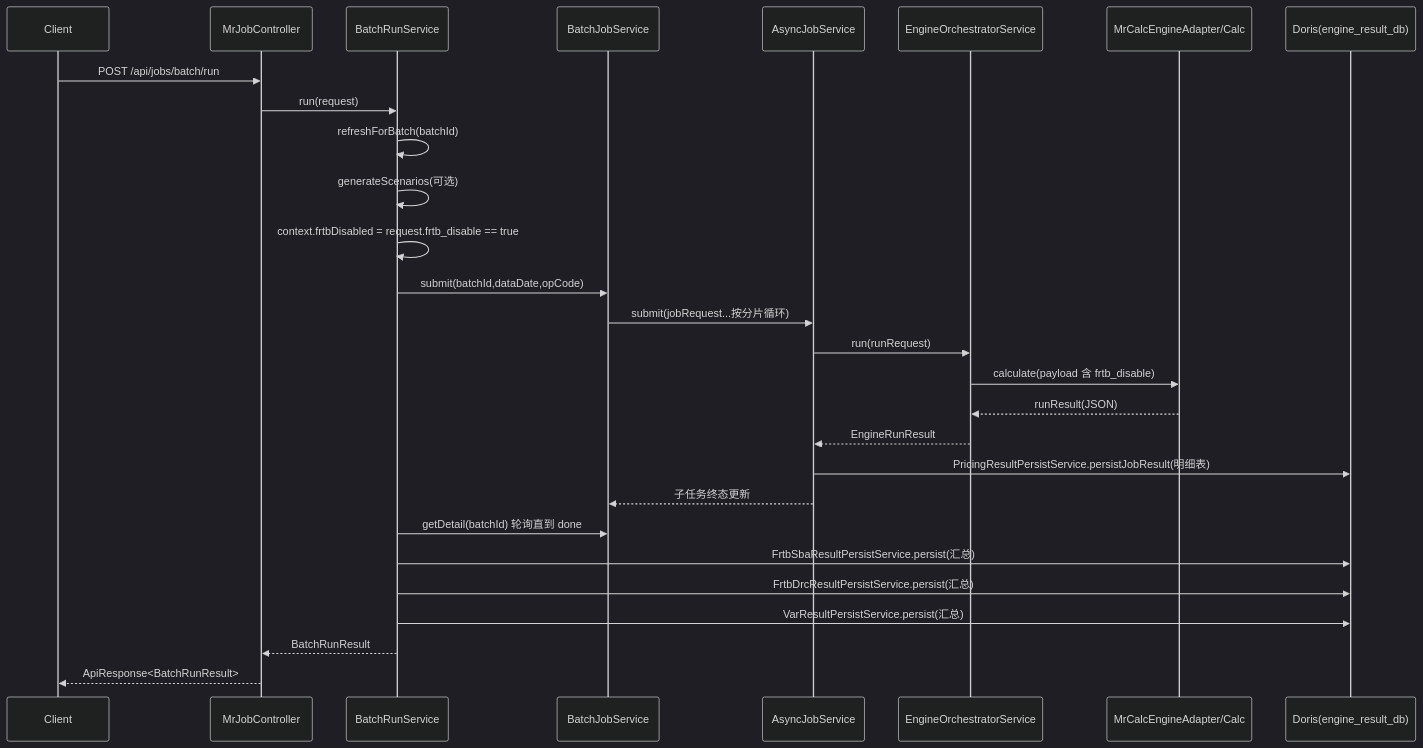
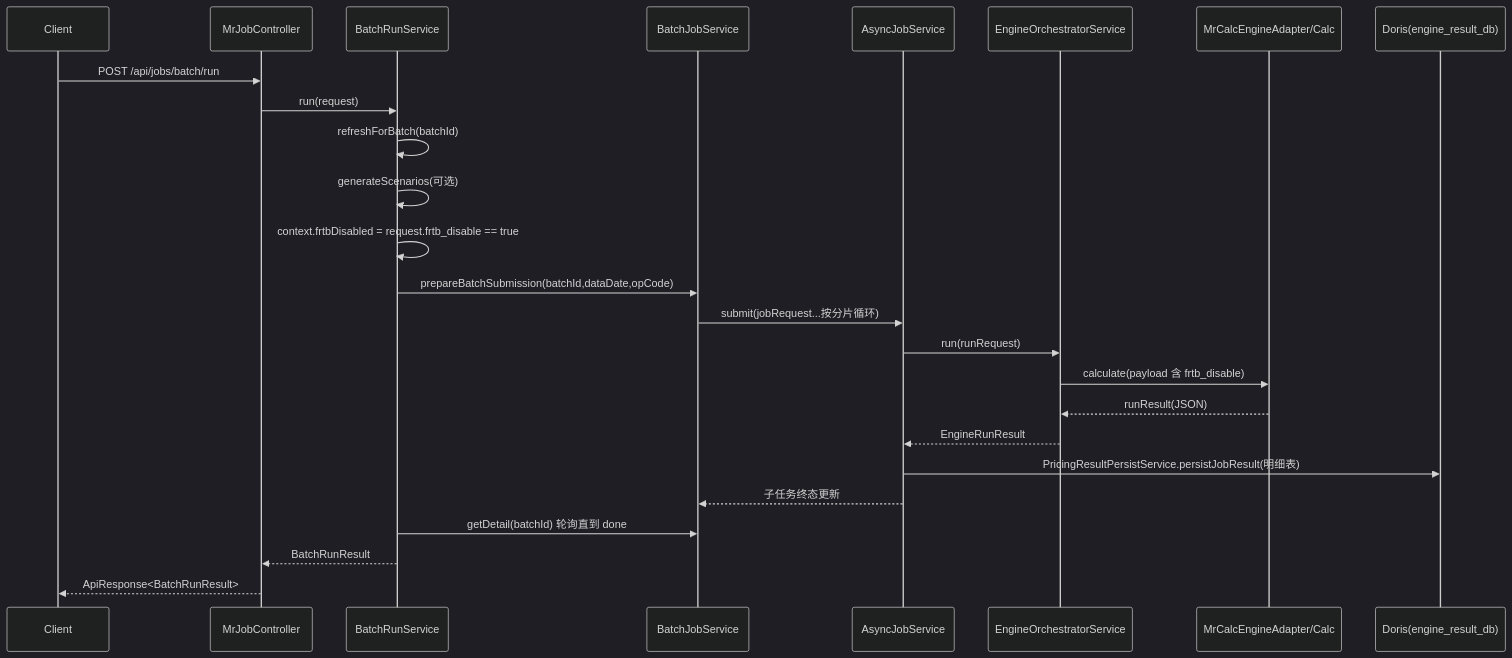
The diagram in docs/Engine_BatchRun_程序与接口调用链路.md (jpy19850704/batch_run_mr), drawn with Mermaid (dark theme) before and after one commit. The commit also changed other lines of this file, not shown here.

````diff
--- a/docs/Engine_BatchRun_程序与接口调用链路.md
+++ b/docs/Engine_BatchRun_程序与接口调用链路.md
@@ -121,31 +100,28 @@
 ```mermaid
 sequenceDiagram
     participant C as Client
     participant API as MrJobController
     participant BR as BatchRunService
     participant BJ as BatchJobService
     participant AJ as AsyncJobService
     participant EO as EngineOrchestratorService
     participant MC as MrCalcEngineAdapter/Calc
     participant D as Doris(engine_result_db)
 
     C->>API: POST /api/jobs/batch/run
     API->>BR: run(request)
     BR->>BR: refreshForBatch(batchId)
     BR->>BR: generateScenarios(可选)
     BR->>BR: context.frtbDisabled = request.frtb_disable == true
-    BR->>BJ: submit(batchId,dataDate,opCode)
+    BR->>BJ: prepareBatchSubmission(batchId,dataDate,opCode)
     BJ->>AJ: submit(jobRequest...按分片循环)
     AJ->>EO: run(runRequest)
     EO->>MC: calculate(payload 含 frtb_disable)
     MC-->>EO: runResult(JSON)
     EO-->>AJ: EngineRunResult
     AJ->>D: PricingResultPersistService.persistJobResult(明细表)
     AJ-->>BJ: 子任务终态更新
     BR->>BJ: getDetail(batchId) 轮询直到 done
-    BR->>D: FrtbSbaResultPersistService.persist(汇总)
-    BR->>D: FrtbDrcResultPersistService.persist(汇总)
-    BR->>D: VarResultPersistService.persist(汇总)
     BR-->>API: BatchRunResult
     API-->>C: ApiResponse<BatchRunResult>
 ```
````
